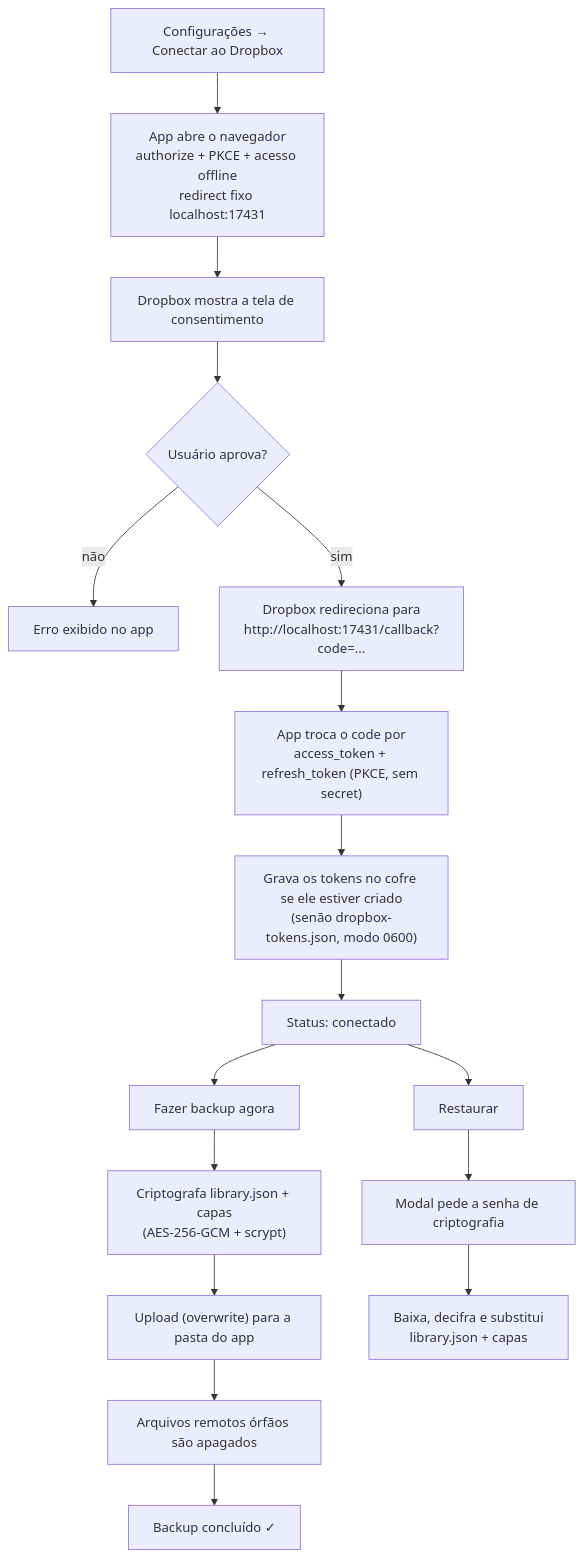
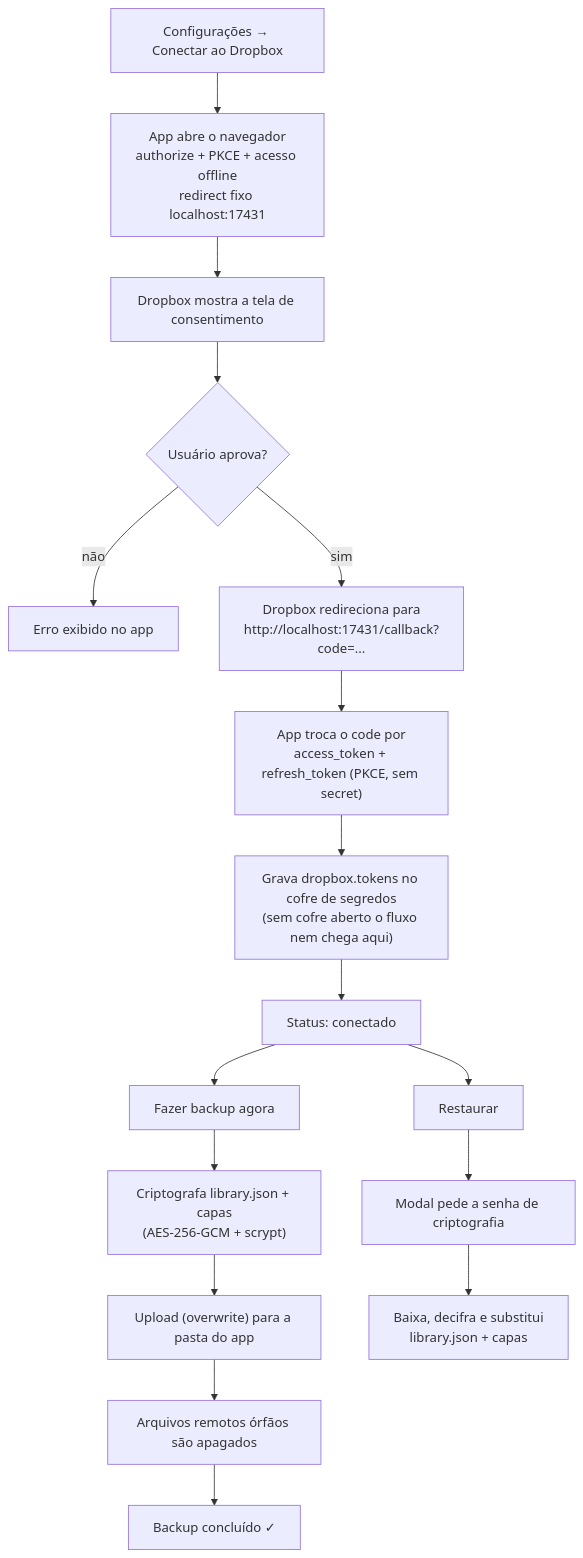
One commit to chronos-atalante/chronos-biblioteca changed the first of 2 diagrams in docs/dropbox.md. Above: the diagram before and after it, drawn with Mermaid. The commit also changed other lines of this file and 66 other files, not shown here.

````diff
--- a/docs/dropbox.md
+++ b/docs/dropbox.md
@@ -24,19 +24,19 @@
 ```mermaid
 flowchart TD
     A["Configurações → Conectar ao Dropbox"] --> B["App abre o navegador<br/>authorize + PKCE + acesso offline<br/>redirect fixo localhost:17431"]
     B --> C["Dropbox mostra a tela de consentimento"]
     C --> D{"Usuário aprova?"}
     D -- não --> E["Erro exibido no app"]
     D -- sim --> F["Dropbox redireciona para<br/>http://localhost:17431/callback?code=..."]
     F --> G["App troca o code por<br/>access_token + refresh_token (PKCE, sem secret)"]
-    G --> H["Grava os tokens no cofre se ele estiver criado<br/>(senão dropbox-tokens.json, modo 0600)"]
+    G --> H["Grava dropbox.tokens no cofre de segredos<br/>(sem cofre aberto o fluxo nem chega aqui)"]
     H --> I["Status: conectado"]
     I --> J["Fazer backup agora"]
     J --> K["Criptografa library.json + capas<br/>(AES-256-GCM + scrypt)"]
     K --> L["Upload (overwrite) para a pasta do app"]
     L --> N["Arquivos remotos órfãos são apagados"]
     N --> O["Backup concluído ✓"]
     I --> P["Restaurar"]
     P --> Q["Modal pede a senha de criptografia"]
     Q --> R["Baixa, decifra e substitui<br/>library.json + capas"]
 ```
````
